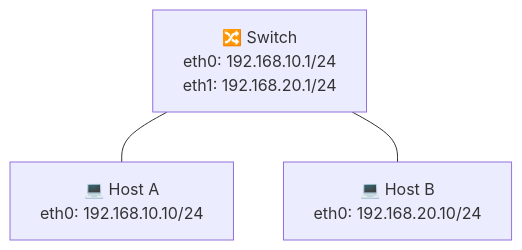
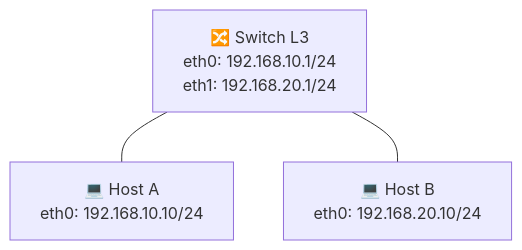
One commit to oficialvzi/PTR changed the diagram in labs/lab01.md. Above: the diagram before and after it, drawn with Mermaid. The commit also changed other lines of this file, not shown here.

````diff
--- a/labs/lab01.md
+++ b/labs/lab01.md
@@ -27,6 +27,6 @@
 ```mermaid
-flowchart 
-    S["🔀 Switch <br>eth0: 192.168.10.1/24<br>eth1: 192.168.20.1/24"]
+flowchart
+    S["🔀 Switch L3<br>eth0: 192.168.10.1/24<br>eth1: 192.168.20.1/24"]
     S --- HA["💻 Host A<br>eth0: 192.168.10.10/24"]
     S --- HB["💻 Host B<br>eth0: 192.168.20.10/24"]
 ```
````
